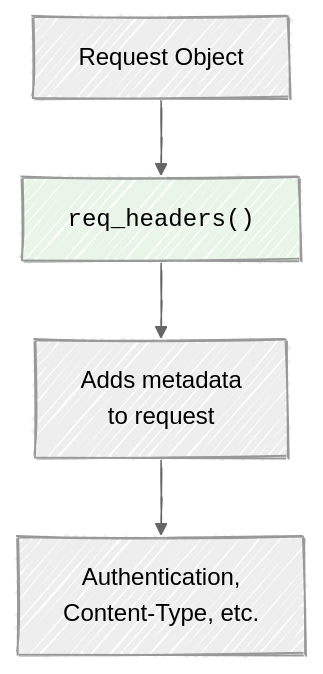
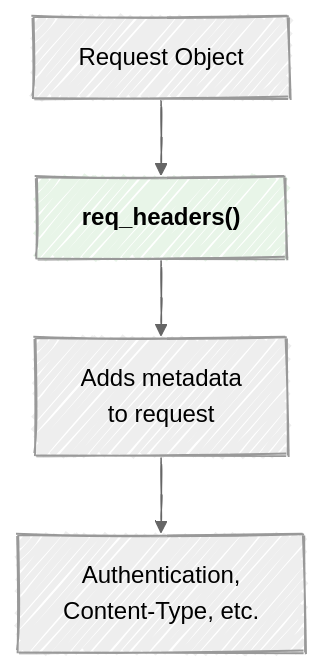
Before and after one commit to mjfrigaard/do4ds-labs: the seventh of 10 diagrams in r-app-api.qmd, drawn with Mermaid. The commit also changed other lines of this file and 34 other files, not shown here.

Commit message:
updates to mermaid

````diff
--- a/r-app-api.qmd
+++ b/r-app-api.qmd
@@ -604,13 +635,13 @@
 ```{mermaid}
 %%| fig-width: 6.5
 %%| fig-align: center
 %%{init: {'theme': 'neutral', 'look': 'handDrawn', 'themeVariables': { 'fontFamily': 'monospace'}}}%%
 
 graph TD
-	A[Request Object] --> B["<code>req_headers()</code>"]
+	A[Request Object] --> B["<strong>req_headers()</strong>"]
 	B --> C["Adds metadata<br>to request"]
 	C --> D["Authentication,<br>Content-Type, etc."]
 
 style B fill:#e8f5e8
 
 ```
````
